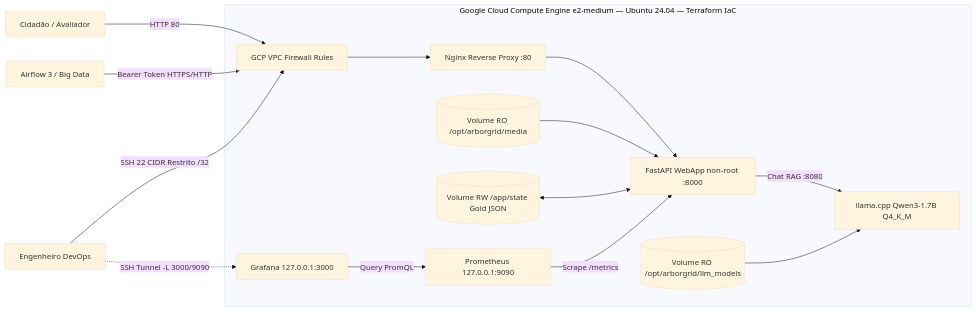
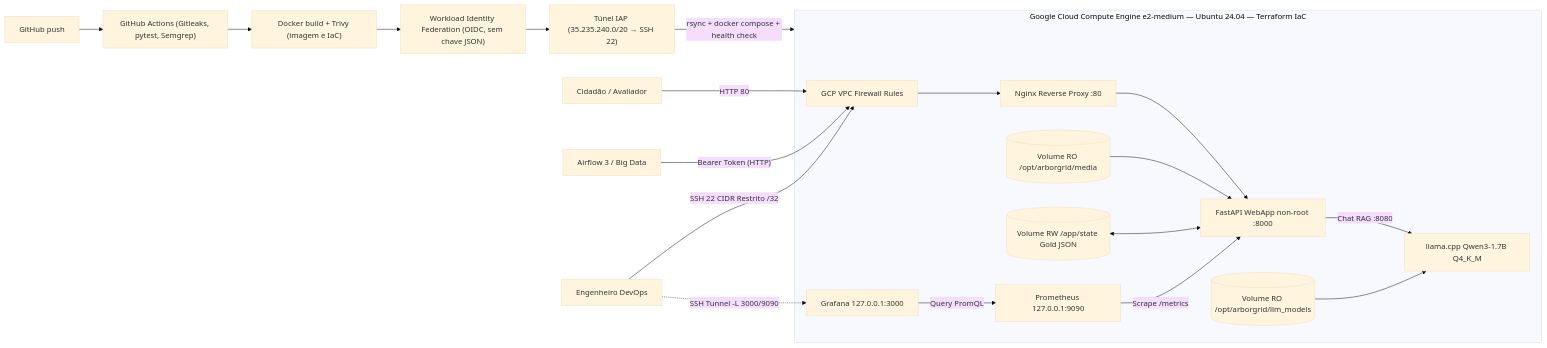
One commit to LM2124/Fiap-2026-GS2-CitizenTech-Projeto-Arborgrid changed the diagram in infra/ARQUITETURA_CLOUD_DEVSECOPS.md. Above: the diagram before and after it, drawn with Mermaid (base theme). The commit also changed other lines of this file and 11 other files, not shown here.

````diff
--- a/infra/ARQUITETURA_CLOUD_DEVSECOPS.md
+++ b/infra/ARQUITETURA_CLOUD_DEVSECOPS.md
@@ -9,19 +9,25 @@
 ```mermaid
 flowchart LR
-    User[Cidadão / Avaliador] -->|HTTP 80| FW[GCP VPC Firewall Rules]
-    Airflow[Airflow 3 / Big Data] -->|Bearer Token HTTPS/HTTP| FW
-    Admin[Engenheiro DevOps] -->|SSH 22 CIDR Restrito /32| FW
+    GH["GitHub push"] --> GHA["GitHub Actions (Gitleaks, pytest, Semgrep)"]
+    GHA --> TRV["Docker build + Trivy (imagem e IaC)"]
+    TRV --> WIF["Workload Identity Federation (OIDC, sem chave JSON)"]
+    WIF --> IAP["Túnel IAP (35.235.240.0/20 → SSH 22)"]
+    IAP -->|"rsync + docker compose + health check"| GCE
 
-    subgraph GCE[Google Cloud Compute Engine e2-medium — Ubuntu 24.04 — Terraform IaC]
-        FW --> Nginx[Nginx Reverse Proxy :80]
-        Nginx --> App[FastAPI WebApp non-root :8000]
-        App -->|Chat RAG :8080| Llama[llama.cpp Qwen3-1.7B Q4_K_M]
-        Media[(Volume RO /opt/arborgrid/media)] --> App
-        LLMModel[(Volume RO /opt/arborgrid/llm_models)] --> Llama
-        State[(Volume RW /app/state Gold JSON)] <--> App
-        Prom[Prometheus 127.0.0.1:9090] -->|Scrape /metrics| App
-        Graf[Grafana 127.0.0.1:3000] -->|Query PromQL| Prom
+    User["Cidadão / Avaliador"] -->|"HTTP 80"| FW["GCP VPC Firewall Rules"]
+    Airflow["Airflow 3 / Big Data"] -->|"Bearer Token (HTTP)"| FW
+    Admin["Engenheiro DevOps"] -->|"SSH 22 CIDR Restrito /32"| FW
+
+    subgraph GCE["Google Cloud Compute Engine e2-medium — Ubuntu 24.04 — Terraform IaC"]
+        FW --> Nginx["Nginx Reverse Proxy :80"]
+        Nginx --> App["FastAPI WebApp non-root :8000"]
+        App -->|"Chat RAG :8080"| Llama["llama.cpp Qwen3-1.7B Q4_K_M"]
+        Media[("Volume RO /opt/arborgrid/media")] --> App
+        LLMModel[("Volume RO /opt/arborgrid/llm_models")] --> Llama
+        State[("Volume RW /app/state Gold JSON")] <--> App
+        Prom["Prometheus 127.0.0.1:9090"] -->|"Scrape /metrics"| App
+        Graf["Grafana 127.0.0.1:3000"] -->|"Query PromQL"| Prom
     end
 
-    Admin -.->|SSH Tunnel -L 3000/9090| Graf
+    Admin -.->|"SSH Tunnel -L 3000/9090"| Graf
 ```
````
